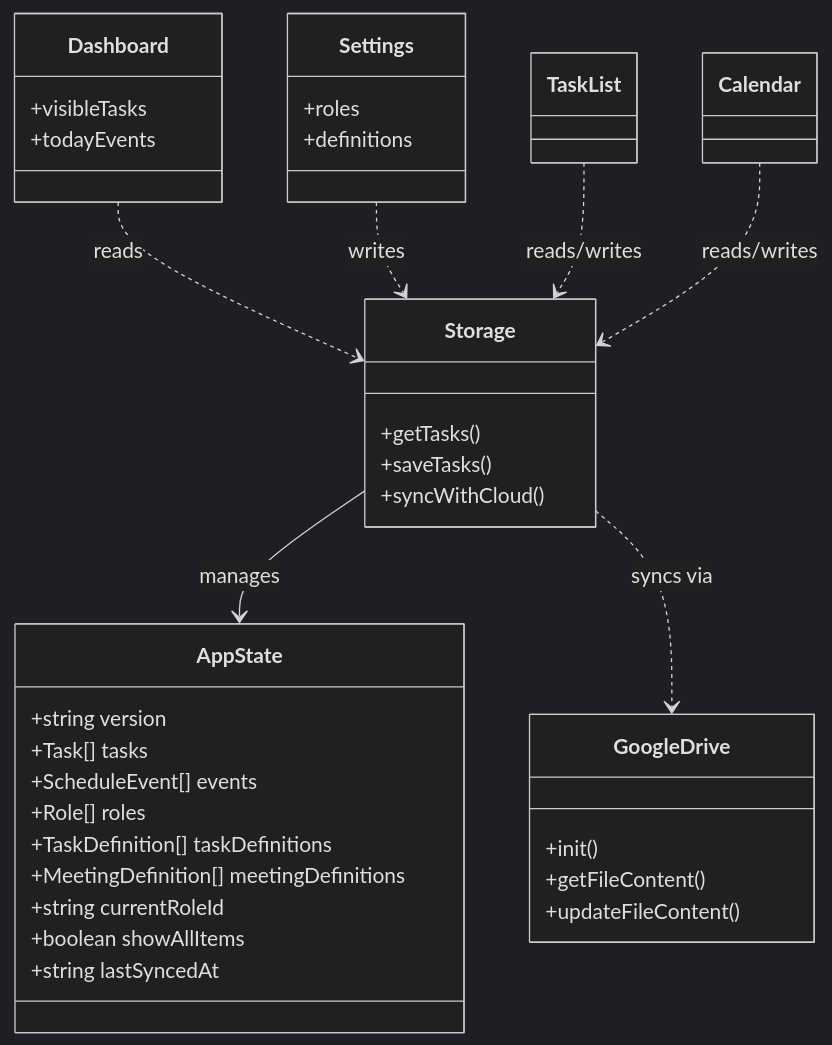
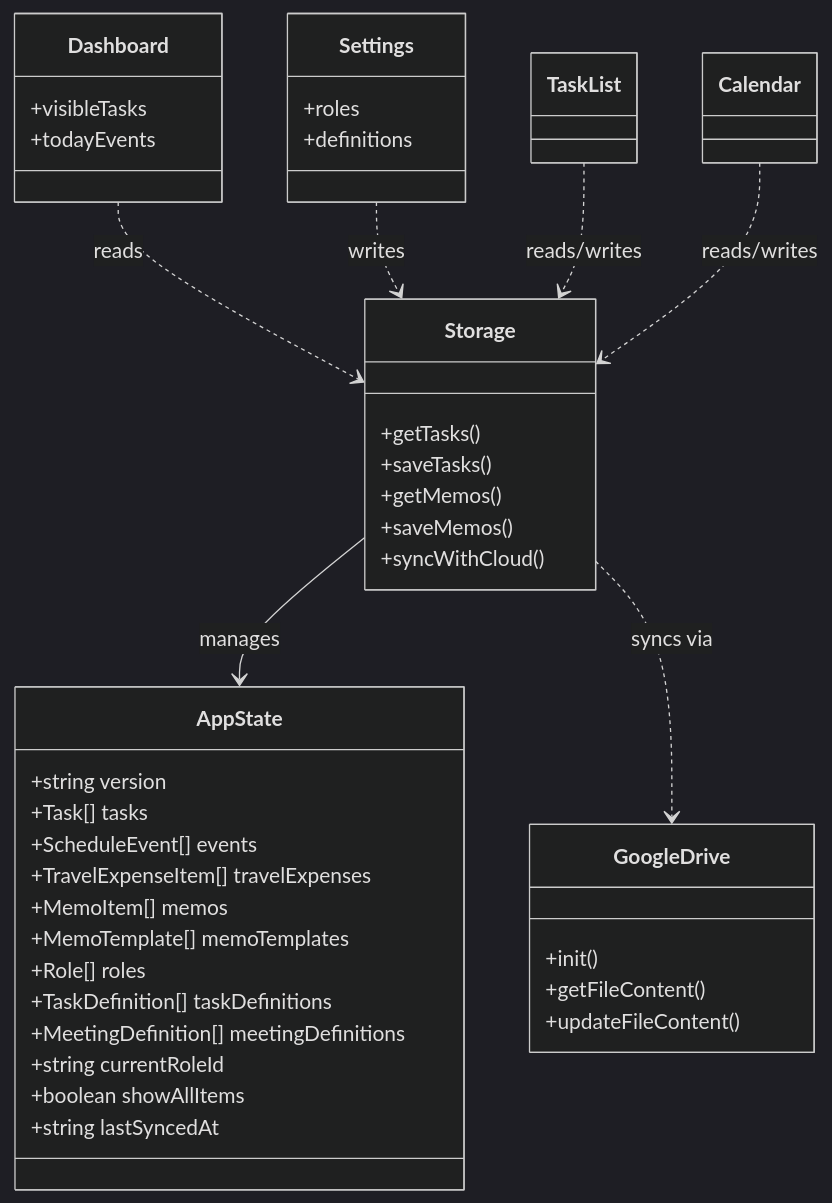
Before and after one commit to nimonit1/union-member-activity-manage-app: the first of 3 diagrams in DESIGN.md, drawn with Mermaid (dark theme). The commit also changed other lines of this file and 7 other files, not shown here.

````diff
--- a/DESIGN.md
+++ b/DESIGN.md
@@ -27,43 +27,48 @@
 ```mermaid
 classDiagram
     class AppState {
         +string version
         +Task[] tasks
         +ScheduleEvent[] events
+        +TravelExpenseItem[] travelExpenses
+        +MemoItem[] memos
+        +MemoTemplate[] memoTemplates
         +Role[] roles
         +TaskDefinition[] taskDefinitions
         +MeetingDefinition[] meetingDefinitions
         +string currentRoleId
         +boolean showAllItems
         +string lastSyncedAt
     }
     
     class Storage {
         +getTasks()
         +saveTasks()
+        +getMemos()
+        +saveMemos()
         +syncWithCloud()
     }
     
     class GoogleDrive {
         +init()
         +getFileContent()
         +updateFileContent()
     }
     
     Storage --> AppState : manages
     Storage ..> GoogleDrive : syncs via
     
     class Dashboard {
         +visibleTasks
         +todayEvents
     }
     class Settings {
         +roles
         +definitions
     }
     
     Dashboard ..> Storage : reads
     Settings ..> Storage : writes
     TaskList ..> Storage : reads/writes
     Calendar ..> Storage : reads/writes
 ```
````
